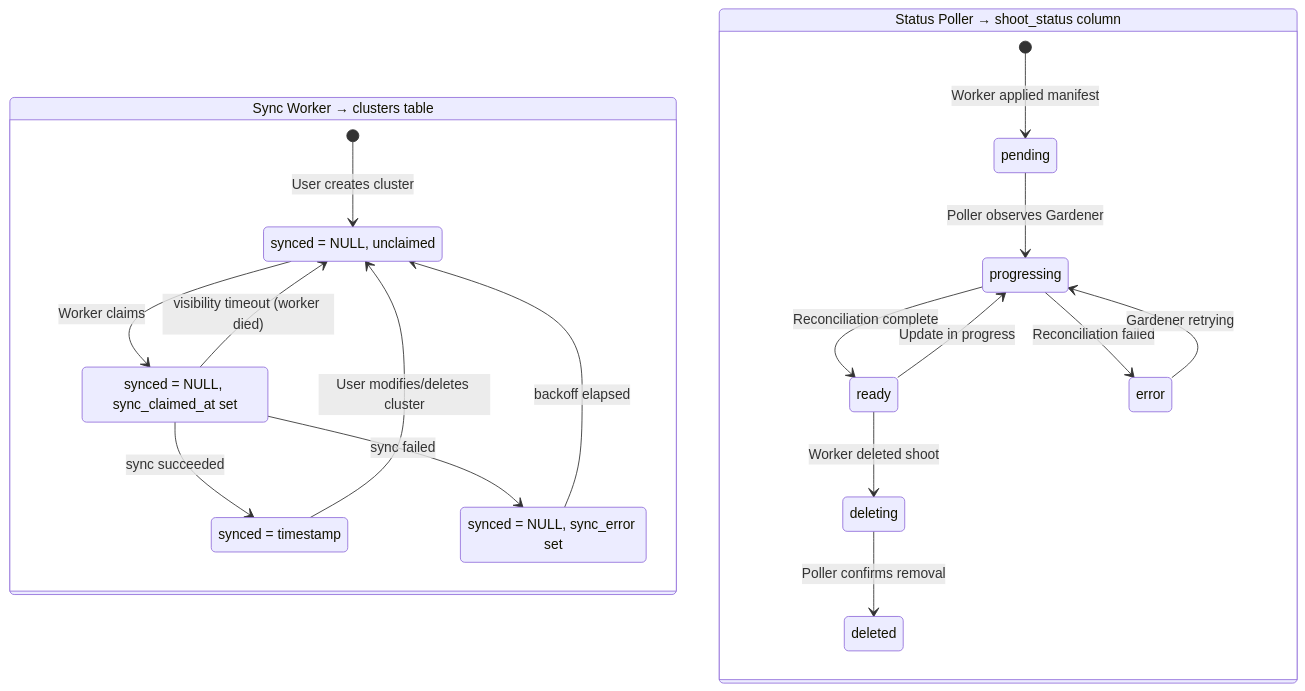
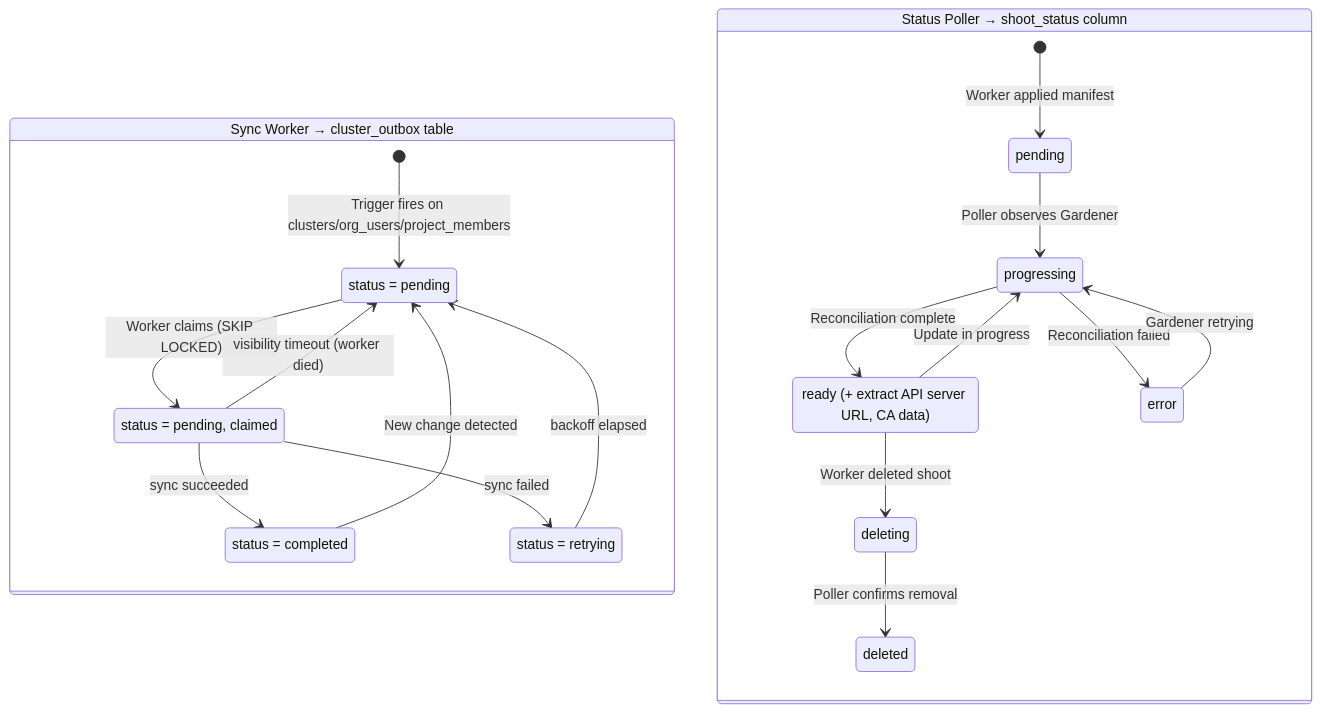
Before and after one commit to fundament-oss/fundament: the second of 2 diagrams in cluster-worker/README.md, drawn with Mermaid. The commit also changed other lines of this file, not shown here.

````diff
--- a/cluster-worker/README.md
+++ b/cluster-worker/README.md
@@ -132,38 +138,38 @@
 ```mermaid
 stateDiagram-v2
     direction TB
 
-    state "Sync Worker → clusters table" as db {
-        [*] --> Pending: User creates cluster
-        Synced --> Pending: User modifies/deletes cluster
+    state "Sync Worker → cluster_outbox table" as db {
+        [*] --> Pending: Trigger fires on clusters/org_users/project_members
+        Completed --> Pending: New change detected
 
-        Pending --> Claimed: Worker claims
-        Claimed --> Synced: sync succeeded
-        Claimed --> Failed: sync failed
-        Failed --> Pending: backoff elapsed
-        Claimed --> Pending: visibility timeout (worker died)
+        Pending --> InProgress: Worker claims (SKIP LOCKED)
+        InProgress --> Completed: sync succeeded
+        InProgress --> Retrying: sync failed
+        Retrying --> Pending: backoff elapsed
+        InProgress --> Pending: visibility timeout (worker died)
 
-        Pending: synced = NULL, unclaimed
-        Claimed: synced = NULL, sync_claimed_at set
-        Failed: synced = NULL, sync_error set
-        Synced: synced = timestamp
+        Pending: status = pending
+        InProgress: status = pending, claimed
+        Retrying: status = retrying
+        Completed: status = completed
     }
 
     state "Status Poller → shoot_status column" as poller {
         [*] --> Pending2: Worker applied manifest
         Pending2 --> Progressing: Poller observes Gardener
         Progressing --> Ready: Reconciliation complete
         Progressing --> Error: Reconciliation failed
         Error --> Progressing: Gardener retrying
         Ready --> Progressing: Update in progress
         Ready --> Deleting: Worker deleted shoot
         Deleting --> Deleted: Poller confirms removal
 
         Pending2: pending
         Progressing: progressing
-        Ready: ready
+        Ready: ready (+ extract API server URL, CA data)
         Error: error
         Deleting: deleting
         Deleted: deleted
     }
 ```
````
